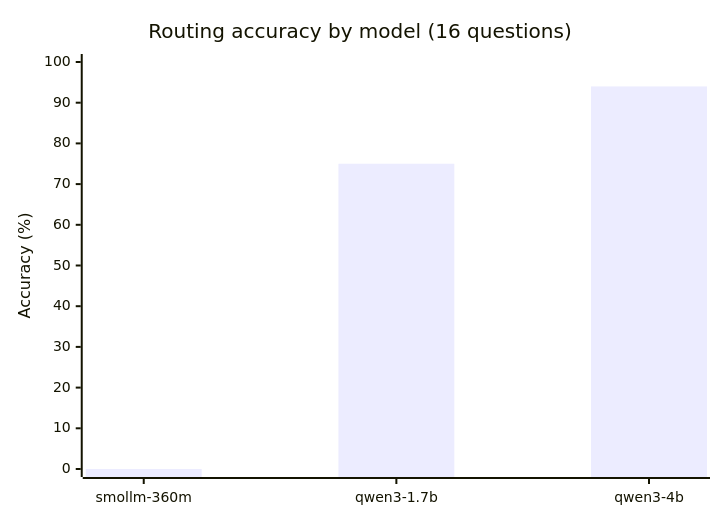
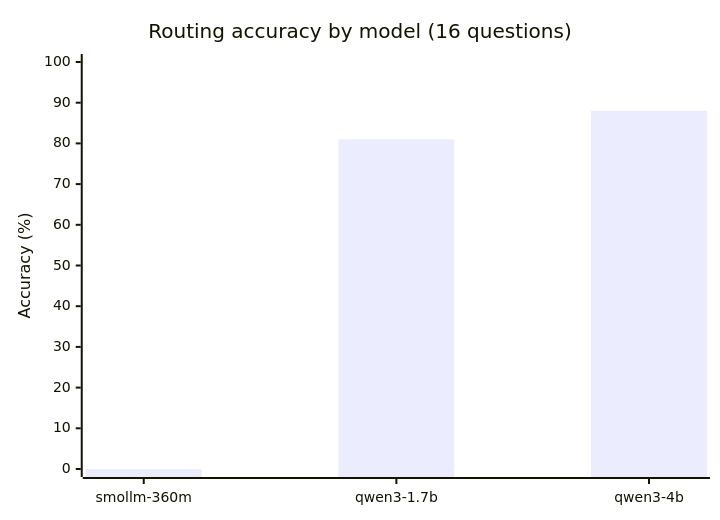
One commit to ghazalb76/mimoe-port-check changed the first of 2 diagrams in README.md. Above: the diagram before and after it, drawn with Mermaid. The commit also changed other lines of this file and 1 other file, not shown here.

````diff
--- a/README.md
+++ b/README.md
@@ -93,7 +93,7 @@
 ```mermaid
 xychart-beta
     title "Routing accuracy by model (16 questions)"
     x-axis [smollm-360m, qwen3-1.7b, qwen3-4b]
     y-axis "Accuracy (%)" 0 --> 100
-    bar [0, 75, 94]
+    bar [0, 81, 88]
 ```
````
